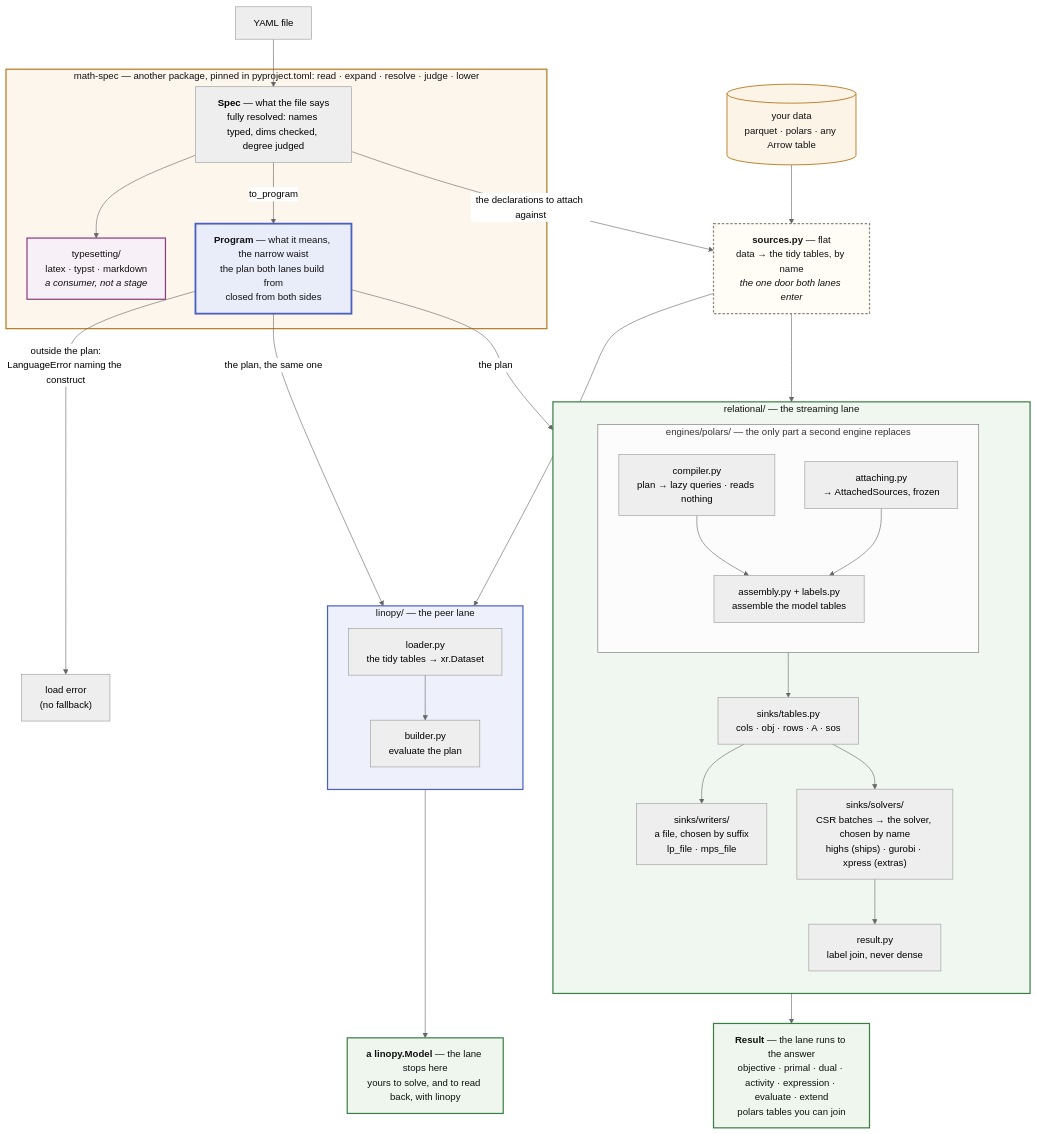
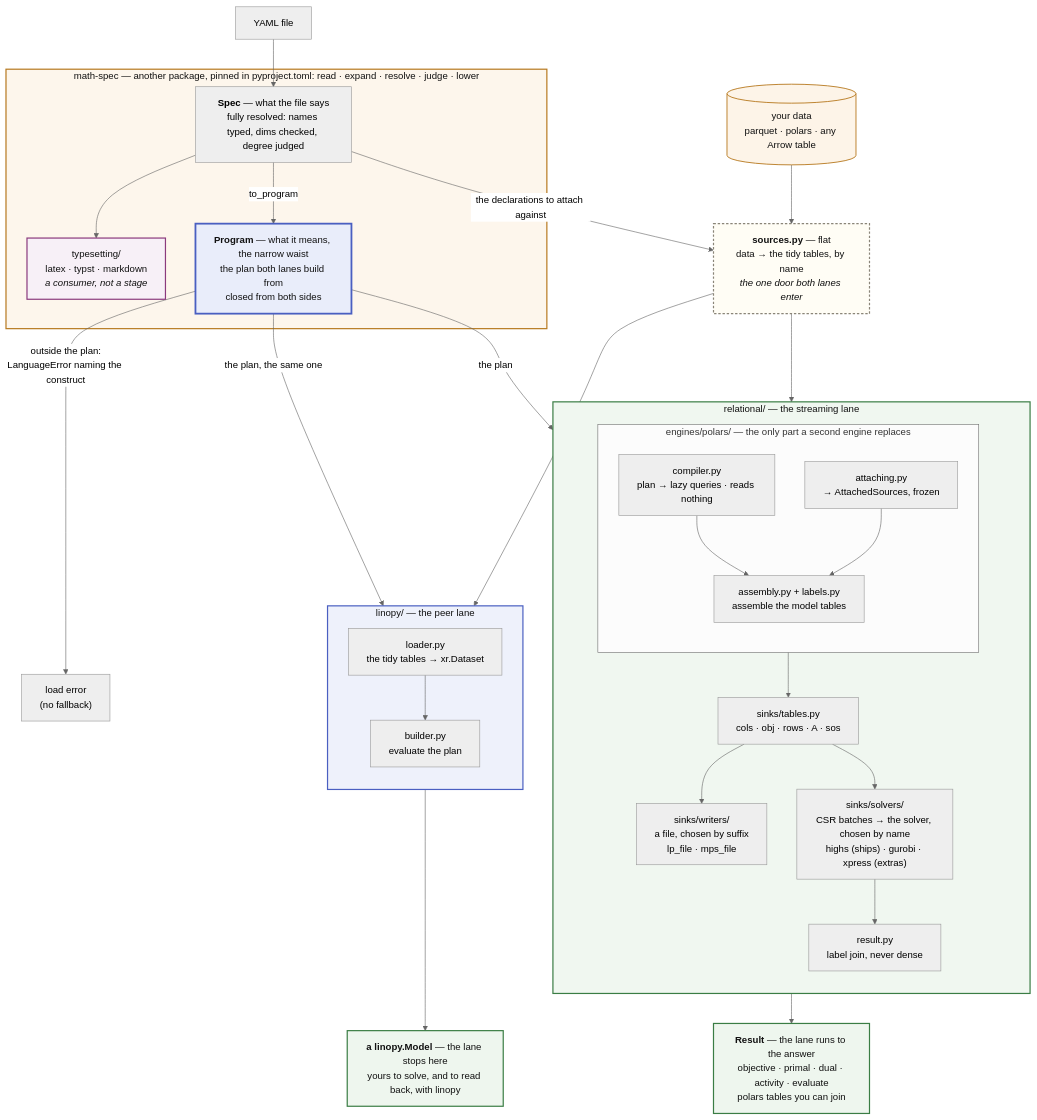
The first of 2 diagrams in docs/about/architecture.md (fluxopt/lpspec), drawn with Mermaid (neutral theme) before and after one commit. The commit also changed other lines of this file and 20 other files, not shown here.

````diff
--- a/docs/about/architecture.md
+++ b/docs/about/architecture.md
@@ -60,59 +60,59 @@
 ```mermaid
 flowchart TB
     Y[YAML file] --> SPEC
     DATA[("your data<br/>parquet · polars · any Arrow table")] --> SRC
 
     subgraph MS["math-spec — another package, pinned in pyproject.toml: read · expand · resolve · judge · lower"]
         SPEC["<b>Spec</b> — what the file says<br/>fully resolved: names typed, dims checked, degree judged"]
         SPEC --> TS["typesetting/<br/>latex · typst · markdown<br/><i>a consumer, not a stage</i>"]
         SPEC -->|"to_program"| PLAN["<b>Program</b> — what it means, the narrow waist<br/>the plan both lanes build from<br/>closed from both sides"]
     end
 
     SPEC -->|"the declarations to attach against"| SRC
     SRC["<b>sources.py</b> — flat<br/>data → the tidy tables, by name<br/><i>the one door both lanes enter</i>"]
 
     PLAN -->|"outside the plan:<br/>LanguageError naming the construct"| ERR["load error<br/>(no fallback)"]
     PLAN -->|"the plan"| COMP
     SRC --> ATTACH
     PLAN -->|"the plan, the same one"| BUILD
     SRC --> LOAD
 
     subgraph REL["relational/ — the streaming lane"]
         direction TB
         subgraph ENG["engines/polars/ — the only part a second engine replaces"]
             direction TB
             COMP["compiler.py<br/>plan → lazy queries · reads nothing"] --> ENGINE
             ATTACH["attaching.py<br/>→ AttachedSources, frozen"] --> ENGINE["assembly.py + labels.py<br/>assemble the model tables"]
         end
         ENG --> TABLES["sinks/tables.py<br/>cols · obj · rows · A · sos"]
         TABLES --> LPS["sinks/writers/<br/>a file, chosen by suffix<br/>lp_file · mps_file"]
         TABLES --> DIRECT["sinks/solvers/<br/>CSR batches → the solver, chosen by name<br/>highs (ships) · gurobi · xpress (extras)"]
         DIRECT --> SOL["result.py<br/>label join, never dense"]
     end
 
-    SOL --> ANS["<b>Result</b> — the lane runs to the answer<br/>objective · primal · dual · activity · expression · evaluate · extend<br/>polars tables you can join"]
+    SOL --> ANS["<b>Result</b> — the lane runs to the answer<br/>objective · primal · dual · activity · evaluate<br/>polars tables you can join"]
 
     subgraph LIN["linopy/ — the peer lane"]
         direction TB
         LOAD["loader.py<br/>the tidy tables → xr.Dataset"] --> BUILD["builder.py<br/>evaluate the plan"]
     end
 
     BUILD --> MODEL["<b>a linopy.Model</b> — the lane stops here<br/>yours to solve, and to read back, with linopy"]
 
     classDef laneL fill:#fdf6ec,stroke:#b7791f,stroke-width:2px,color:#111
     classDef laneR fill:#f0f7f0,stroke:#3a7d44,stroke-width:2px,color:#111
     classDef laneE fill:#eef1fb,stroke:#4a5fc1,stroke-width:2px,color:#111
     classDef laneT fill:#f7f0f7,stroke:#8b3a7d,stroke-width:2px,color:#111
     classDef waist fill:#e9edfa,stroke:#4a5fc1,stroke-width:3px,color:#111
     classDef flat fill:#fffdf5,stroke:#8a8578,stroke-width:2px,stroke-dasharray:4 3,color:#111
     classDef data fill:#fdf4e8,stroke:#b7791f,stroke-width:1.5px,color:#111
     classDef out fill:#eef6ee,stroke:#3a7d44,stroke-width:2px,color:#111
     class MS laneL
     class REL laneR
     class LIN laneE
     class TS laneT
     class PLAN waist
     class SRC flat
     class DATA data
     class ANS,MODEL out
 ```
````
